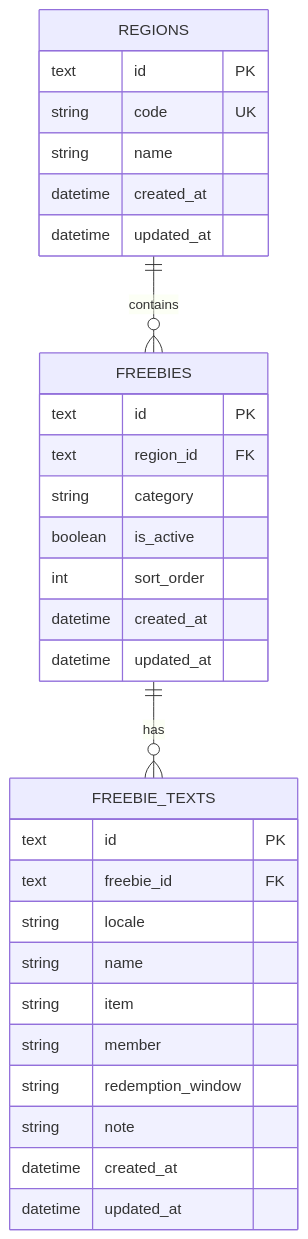
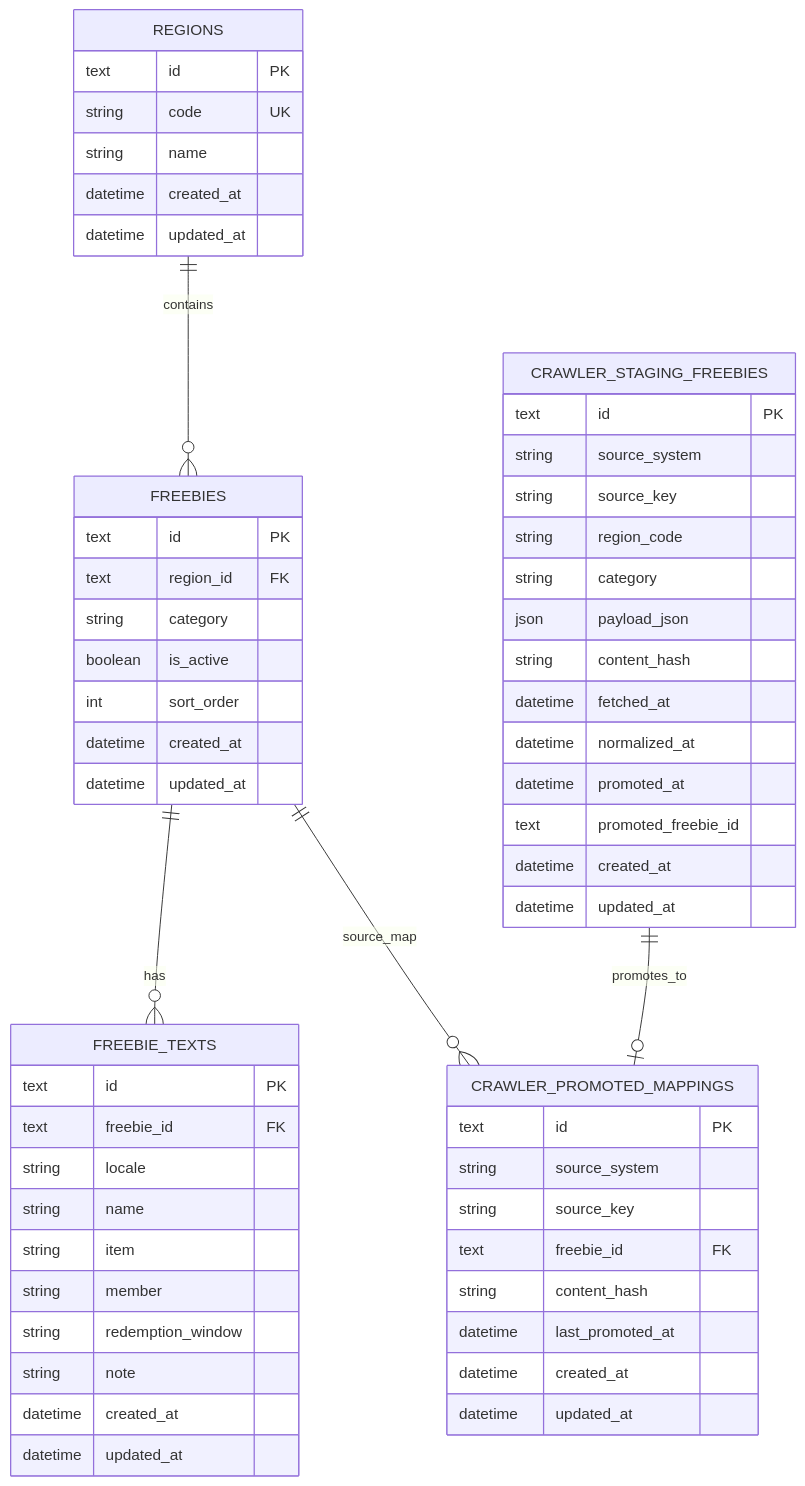
One commit to SunnyORZ030/Birthday_Freebies changed the diagram in docs/database-design.md. Above: the diagram before and after it, drawn with Mermaid. The commit also changed other lines of this file and 13 other files, not shown here.

````diff
--- a/docs/database-design.md
+++ b/docs/database-design.md
@@ -18,36 +18,65 @@
 ```mermaid
 erDiagram
   REGIONS ||--o{ FREEBIES : contains
   FREEBIES ||--o{ FREEBIE_TEXTS : has
+  FREEBIES ||--o{ CRAWLER_PROMOTED_MAPPINGS : source_map
+  CRAWLER_STAGING_FREEBIES ||--o| CRAWLER_PROMOTED_MAPPINGS : promotes_to
 
   REGIONS {
     text id PK
     string code UK
     string name
     datetime created_at
     datetime updated_at
   }
 
   FREEBIES {
     text id PK
     text region_id FK
     string category
     boolean is_active
     int sort_order
     datetime created_at
     datetime updated_at
   }
 
   FREEBIE_TEXTS {
     text id PK
     text freebie_id FK
     string locale
     string name
     string item
     string member
     string redemption_window
     string note
     datetime created_at
     datetime updated_at
   }
+
+  CRAWLER_STAGING_FREEBIES {
+    text id PK
+    string source_system
+    string source_key
+    string region_code
+    string category
+    json payload_json
+    string content_hash
+    datetime fetched_at
+    datetime normalized_at
+    datetime promoted_at
+    text promoted_freebie_id
+    datetime created_at
+    datetime updated_at
+  }
+
+  CRAWLER_PROMOTED_MAPPINGS {
+    text id PK
+    string source_system
+    string source_key
+    text freebie_id FK
+    string content_hash
+    datetime last_promoted_at
+    datetime created_at
+    datetime updated_at
+  }
 ```
````
